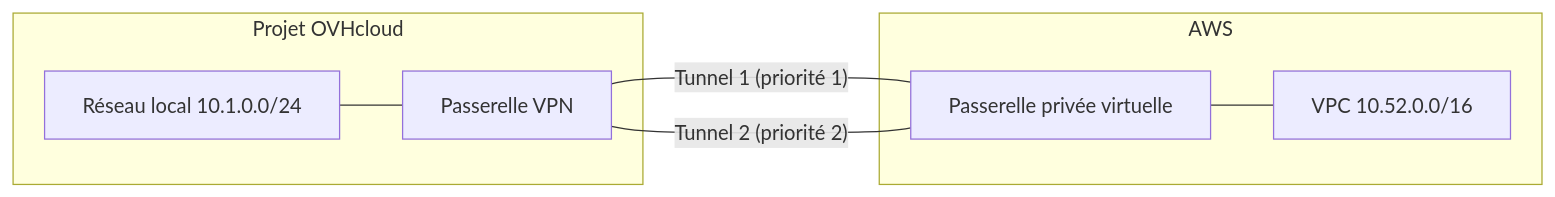
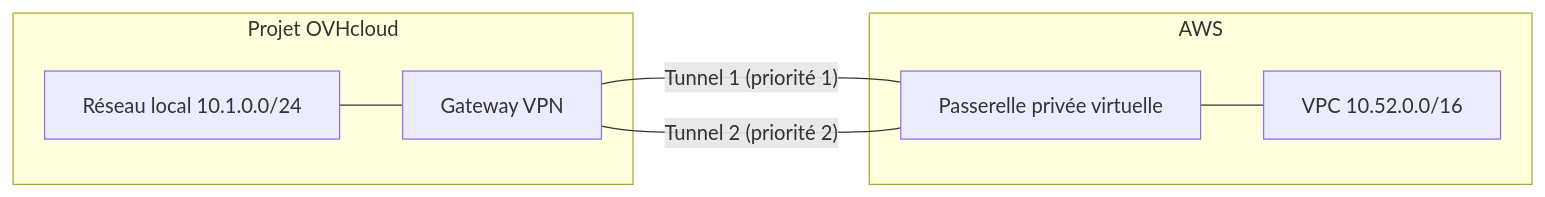
The diagram in docs/fr/guides/public-cloud/network-services/site-to-site-vpn-connect-aws.mdx (ovh/ovhcloud-docs), drawn with Mermaid before and after one commit. The commit also changed other lines of this file and 3 other files, not shown here.

````diff
--- a/docs/fr/guides/public-cloud/network-services/site-to-site-vpn-connect-aws.mdx
+++ b/docs/fr/guides/public-cloud/network-services/site-to-site-vpn-connect-aws.mdx
@@ -46,11 +51,11 @@
 ```mermaid
 flowchart LR
     subgraph OVHcloud["Projet OVHcloud"]
-        local["Réseau local 10.1.0.0/24"] --- gw["Passerelle VPN"]
+        local["Réseau local 10.1.0.0/24"] --- gw["Gateway VPN"]
     end
     subgraph AWS["AWS"]
         vgw["Passerelle privée virtuelle"] --- vpc["VPC 10.52.0.0/16"]
     end
     gw ---|"Tunnel 1 (priorité 1)"| vgw
     gw ---|"Tunnel 2 (priorité 2)"| vgw
 ```
````
